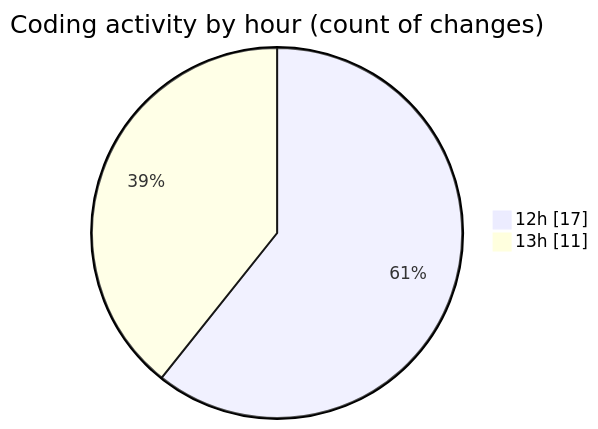
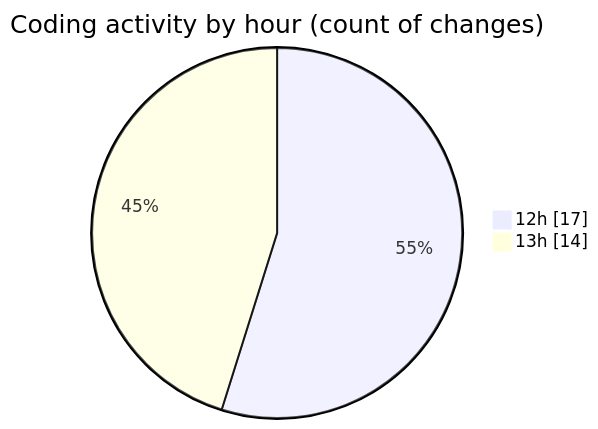
Before and after one commit to CELIANVF/code-tracking: the second of 2 diagrams in 2025-06-01/video_app/README.md, drawn with Mermaid. The commit also changed other lines of this file and 1 other file, not shown here.

````diff
--- a/2025-06-01/video_app/README.md
+++ b/2025-06-01/video_app/README.md
@@ -37,6 +37,6 @@
 ```mermaid
 pie showData
 title Coding activity by hour (count of changes)
 "12h" : 17
-"13h" : 11
+"13h" : 14
 ```
````
